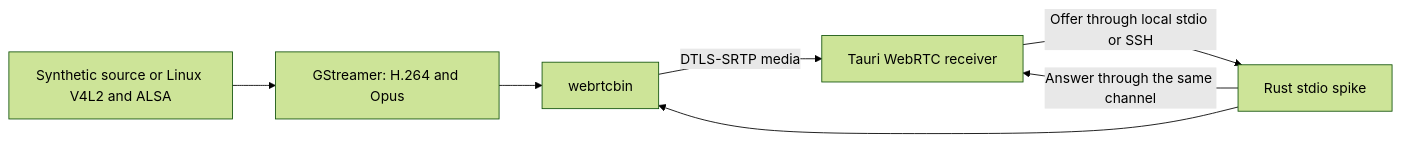
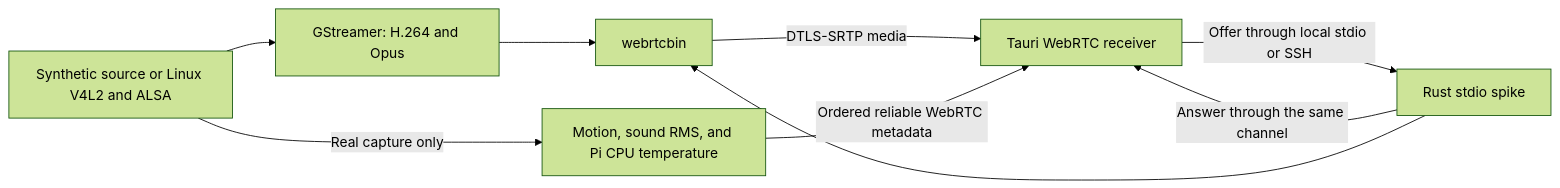
The diagram in README.md (brunohanss/raspbaby-monitor), drawn with Mermaid (forest theme) before and after one commit. The commit also changed other lines of this file and 40 other files, not shown here.

Commit message:
Add real activity monitoring, nightly graphs, independent alerts, and Windows installer

````diff
--- a/README.md
+++ b/README.md
@@ -86,9 +117,11 @@
 ```mermaid
 flowchart LR
   S[Synthetic source or Linux V4L2 and ALSA] --> G[GStreamer: H.264 and Opus]
   G --> W[webrtcbin]
   W -->|DTLS-SRTP media| T[Tauri WebRTC receiver]
   T -->|Offer through local stdio or SSH| D[Rust stdio spike]
   D -->|Answer through the same channel| T
   D --> W
+  S -->|Real capture only| A[Motion, sound RMS, and Pi CPU temperature]
+  A -->|Ordered reliable WebRTC metadata| T
 ```
````
